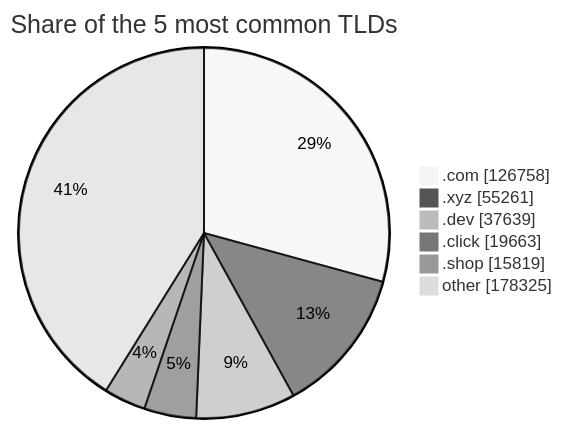
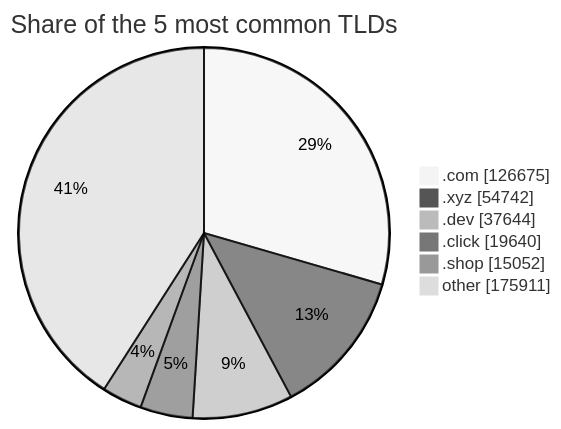
One commit to DNSBunker/CTI changed the third of 3 diagrams in README.md. Above: the diagram before and after it, drawn with Mermaid (neutral theme). The commit also changed other lines of this file and 3 other files, not shown here.

````diff
--- a/README.md
+++ b/README.md
@@ -81,9 +81,9 @@
 ```mermaid
 pie showData title Share of the 5 most common TLDs
-    ".com" : 126758
-    ".xyz" : 55261
-    ".dev" : 37639
-    ".click" : 19663
-    ".shop" : 15819
-    "other" : 178325
+    ".com" : 126675
+    ".xyz" : 54742
+    ".dev" : 37644
+    ".click" : 19640
+    ".shop" : 15052
+    "other" : 175911
 ```
````
